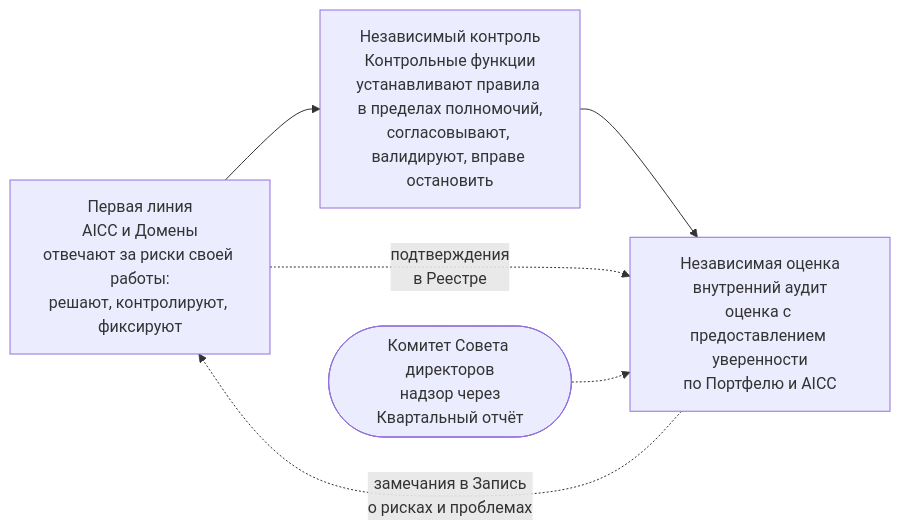
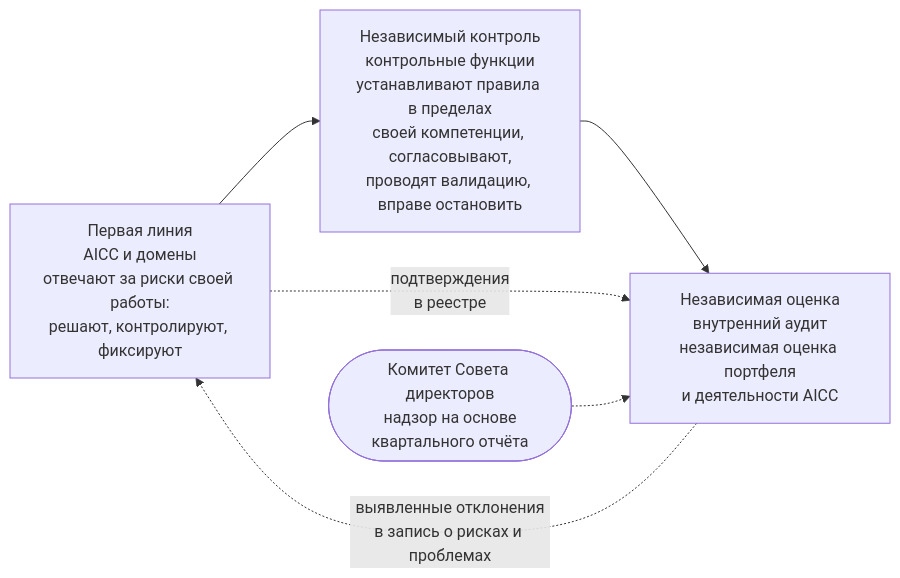
One commit to devhogu/ob-aicc changed the diagram in portal/content/ru/governance/records-evidence-and-assurance.md. Above: the diagram before and after it, drawn with Mermaid. The commit also changed other lines of this file and 18 other files, not shown here.

````diff
--- a/portal/content/ru/governance/records-evidence-and-assurance.md
+++ b/portal/content/ru/governance/records-evidence-and-assurance.md
@@ -31,8 +31,8 @@
 ```mermaid
 flowchart LR
-  L1["Первая линия<br/>AICC и Домены<br/>отвечают за риски своей работы:<br/>решают, контролируют, фиксируют"] --> L2["Независимый контроль<br/>Контрольные функции<br/>устанавливают правила в пределах полномочий,<br/>согласовывают, валидируют, вправе остановить"]
-  L2 --> L3["Независимая оценка<br/>внутренний аудит<br/>оценка с предоставлением уверенности<br/>по Портфелю и AICC"]
-  L1 -.->|"подтверждения<br/>в Реестре"| L3
-  L3 -.->|"замечания в Запись<br/>о рисках и проблемах"| L1
-  B(["Комитет Совета директоров<br/>надзор через<br/>Квартальный отчёт"]) -.-> L3
+  L1["Первая линия<br/>AICC и домены<br/>отвечают за риски своей работы:<br/>решают, контролируют, фиксируют"] --> L2["Независимый контроль<br/>контрольные функции<br/>устанавливают правила в пределах<br/>своей компетенции, согласовывают,<br/>проводят валидацию, вправе остановить"]
+  L2 --> L3["Независимая оценка<br/>внутренний аудит<br/>независимая оценка портфеля<br/>и деятельности AICC"]
+  L1 -.->|"подтверждения<br/>в реестре"| L3
+  L3 -.->|"выявленные отклонения<br/>в запись о рисках и проблемах"| L1
+  B(["Комитет Совета директоров<br/>надзор на основе<br/>квартального отчёта"]) -.-> L3
 ```
````
